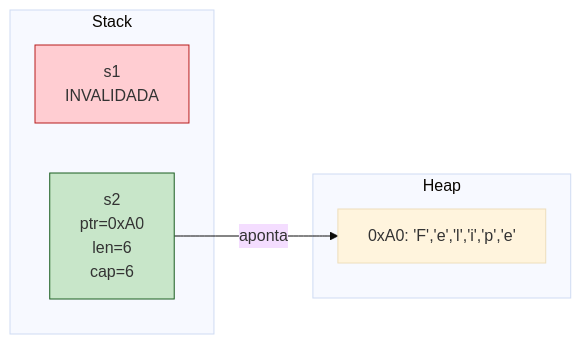
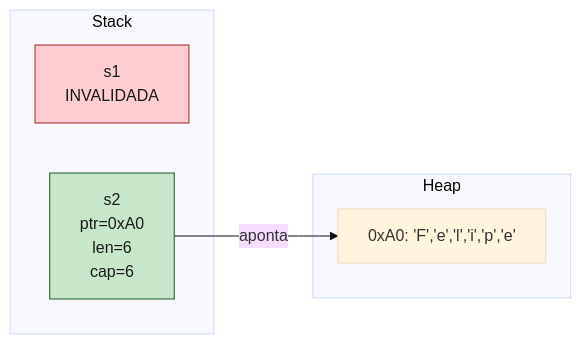
One commit to Felipeness/ferro-e-espirito changed the fifth of 7 diagrams in book/part-04-ownership/ch10-ownership-regras.md. Above: the diagram before and after it, drawn with Mermaid (base theme). The commit also changed other lines of this file and 56 other files, not shown here.

First line of the commit message:
fix: contraste de texto em diagramas mermaid

````diff
--- a/book/part-04-ownership/ch10-ownership-regras.md
+++ b/book/part-04-ownership/ch10-ownership-regras.md
@@ -410,14 +410,14 @@
 ```mermaid
 graph LR
     subgraph StackB[Stack]
         s1B["s1<br/>INVALIDADA"]
         s2B["s2<br/>ptr=0xA0<br/>len=6<br/>cap=6"]
     end
     subgraph HeapB[Heap]
         h2["0xA0: 'F','e','l','i','p','e'"]
     end
     s2B -->|aponta| h2
 
-    style s1B fill:#ffcdd2,stroke:#b71c1c
-    style s2B fill:#c8e6c9,stroke:#1b5e20
+    style s1B fill:#ffcdd2,stroke:#b71c1c,color:#1a1a1a
+    style s2B fill:#c8e6c9,stroke:#1b5e20,color:#1a1a1a
 ```
````
